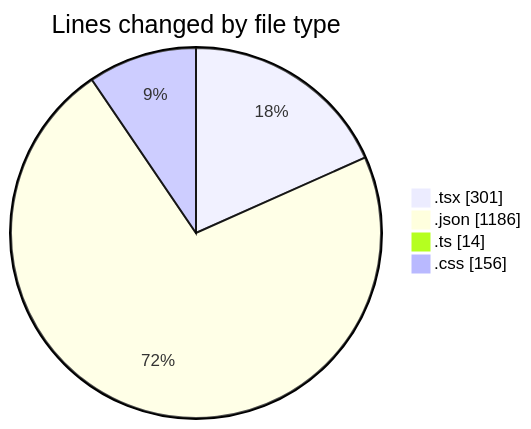
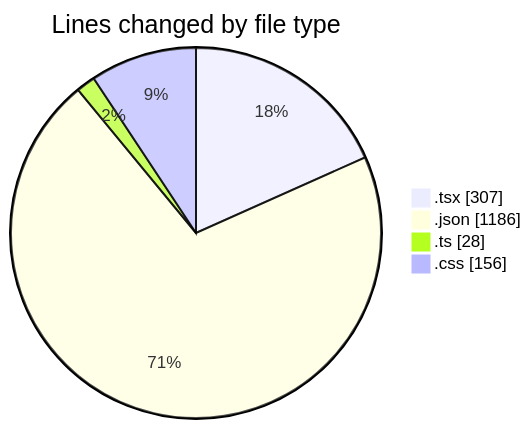
The first of 2 diagrams in 2025-08-04/tw-server/README.md (EIIisD/code-tracking), drawn with Mermaid before and after one commit. The commit also changed other lines of this file and 1 other file, not shown here.

````diff
--- a/2025-08-04/tw-server/README.md
+++ b/2025-08-04/tw-server/README.md
@@ -25,8 +26,8 @@
 ```mermaid
 pie showData
 title Lines changed by file type
-".tsx" : 301
+".tsx" : 307
 ".json" : 1186
-".ts" : 14
+".ts" : 28
 ".css" : 156
 ```
````
